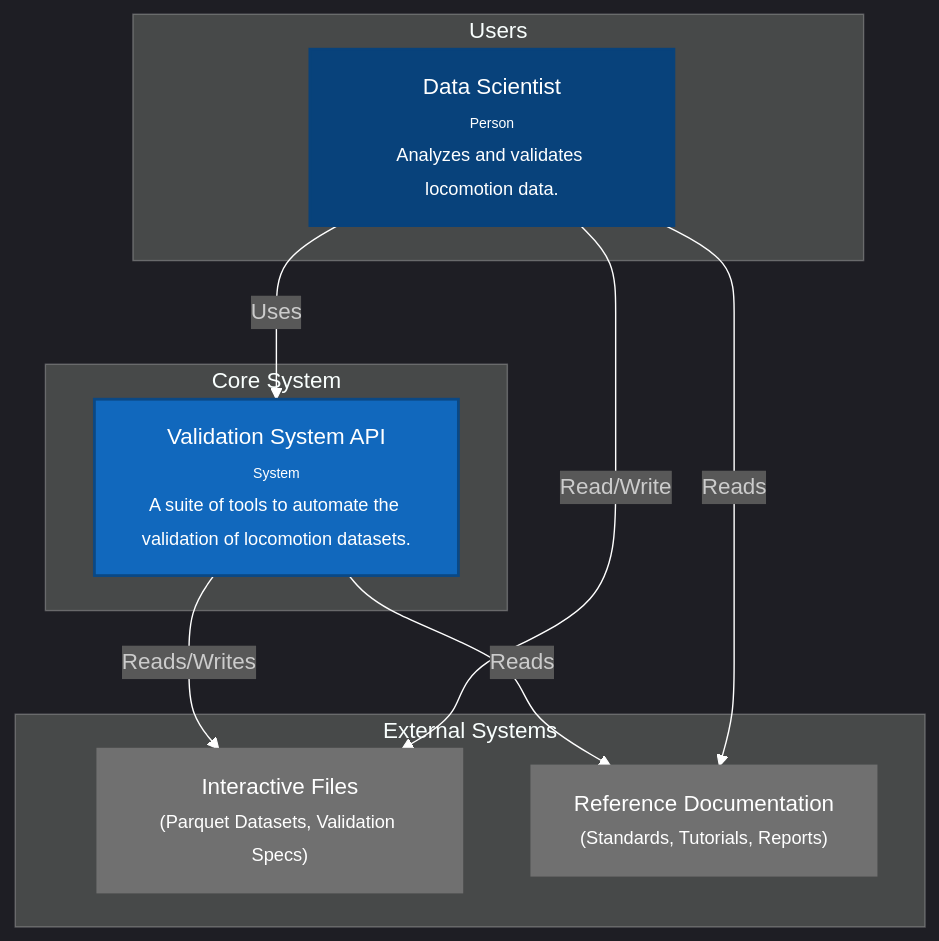
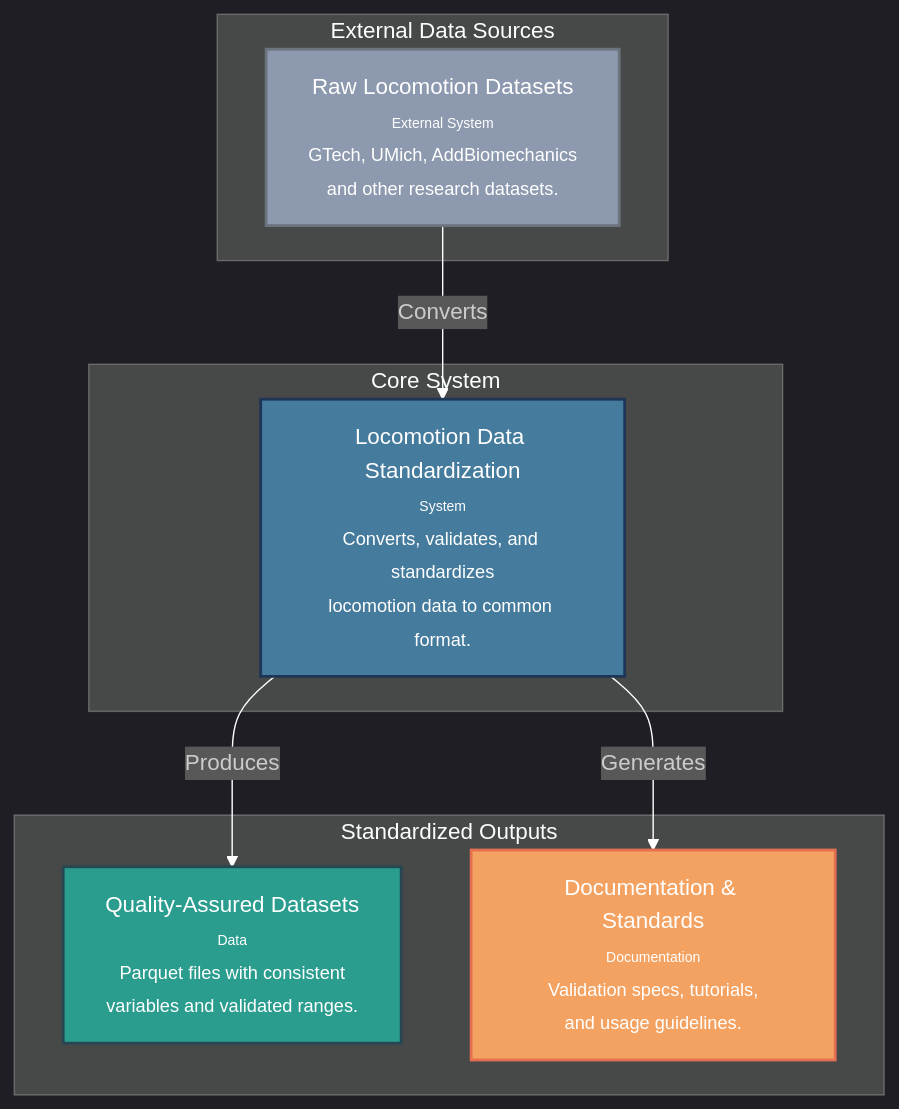
The second of 3 diagrams in docs/software_engineering/modeling/c4_system_context.md (jmontp/LocoHub), drawn with Mermaid before and after one commit. The commit also changed other lines of this file and 5 other files, not shown here.

````diff
--- a/docs/software_engineering/modeling/c4_system_context.md
+++ b/docs/software_engineering/modeling/c4_system_context.md
@@ -3,32 +37,28 @@
 ```mermaid
 %%{init: {'theme': 'dark'}}%%
 graph TD
-    subgraph "Users"
-        data_scientist["Data Scientist<br/><font size='-2'>Person</font><br/><font size='-1'>Analyzes and validates locomotion data.</font>"]
+    subgraph "External Data Sources"
+        raw["Raw Locomotion Datasets<br/><font size='-2'>External System</font><br/><font size='-1'>GTech, UMich, AddBiomechanics<br/>and other research datasets.</font>"]
     end
 
     subgraph "Core System"
-        validation_system["Validation System API<br/><font size='-2'>System</font><br/><font size='-1'>A suite of tools to automate the validation of locomotion datasets.</font>"]
+        system["Locomotion Data Standardization<br/><font size='-2'>System</font><br/><font size='-1'>Converts, validates, and standardizes<br/>locomotion data to common format.</font>"]
     end
 
-    subgraph "External Systems"
-        interactive_files["Interactive Files<br/><font size='-1'>(Parquet Datasets, Validation Specs)</font>"]
-        reference_docs["Reference Documentation<br/><font size='-1'>(Standards, Tutorials, Reports)</font>"]
+    subgraph "Standardized Outputs"
+        datasets["Quality-Assured Datasets<br/><font size='-2'>Data</font><br/><font size='-1'>Parquet files with consistent<br/>variables and validated ranges.</font>"]
+        docs["Documentation & Standards<br/><font size='-2'>Documentation</font><br/><font size='-1'>Validation specs, tutorials,<br/>and usage guidelines.</font>"]
     end
 
-    data_scientist -- "Uses" --> validation_system
-    
-    validation_system -- "Reads/Writes" --> interactive_files
-    validation_system -- "Reads" --> reference_docs
-
-    data_scientist -- "Read/Write" --> interactive_files
-    data_scientist -- "Reads" --> reference_docs
+    raw -- "Converts" --> system
+    system -- "Produces" --> datasets
+    system -- "Generates" --> docs
     
     %% Styling
-    style data_scientist fill:#08427b,stroke:#08427b,stroke-width:2px,color:#ffffff
-    style validation_system fill:#1168bd,stroke:#0b4884,stroke-width:2px,color:#ffffff
-    style interactive_files fill:#707070,stroke:#707070,stroke-width:2px,color:#ffffff
-    style reference_docs fill:#707070,stroke:#707070,stroke-width:2px,color:#ffffff
+    style raw fill:#8d99ae,stroke:#6c757d,stroke-width:2px,color:#ffffff
+    style system fill:#457b9d,stroke:#1d3557,stroke-width:2px,color:#ffffff
+    style datasets fill:#2a9d8f,stroke:#264653,stroke-width:2px,color:#ffffff
+    style docs fill:#f4a261,stroke:#e76f51,stroke-width:2px,color:#ffffff
     
     linkStyle default stroke:white
 ```
````
